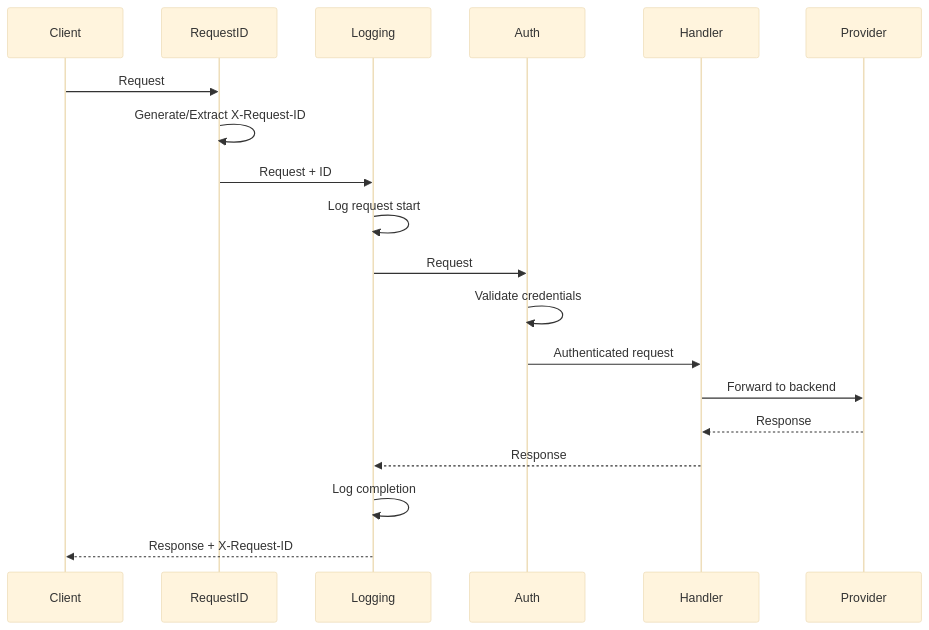
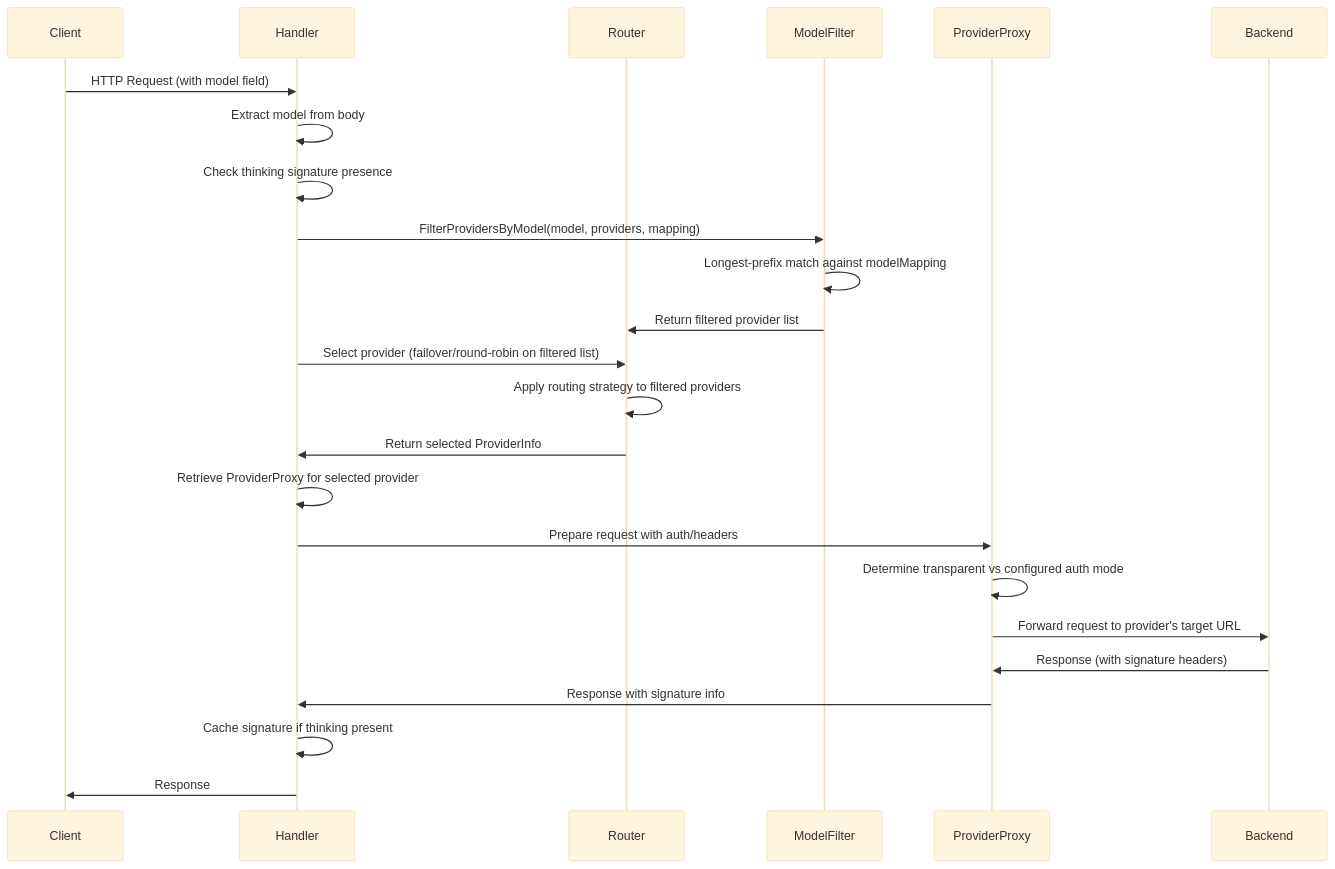
One commit to omarluq/cc-relay changed the second of 5 diagrams in docs-site/content/en/docs/architecture.md. Above: the diagram before and after it, drawn with Mermaid (base theme). The commit also changed other lines of this file and 5 other files, not shown here.

First line of the commit message:
docs: rewrite architecture docs with multi-provider support

````diff
--- a/docs-site/content/en/docs/architecture.md
+++ b/docs-site/content/en/docs/architecture.md
@@ -78,22 +140,28 @@
 ```mermaid
 sequenceDiagram
     participant Client
-    participant RequestID
-    participant Logging
-    participant Auth
     participant Handler
-    participant Provider
+    participant Router
+    participant ModelFilter
+    participant ProviderProxy
+    participant Backend
 
-    Client->>RequestID: Request
-    RequestID->>RequestID: Generate/Extract X-Request-ID
-    RequestID->>Logging: Request + ID
-    Logging->>Logging: Log request start
-    Logging->>Auth: Request
-    Auth->>Auth: Validate credentials
-    Auth->>Handler: Authenticated request
-    Handler->>Provider: Forward to backend
-    Provider-->>Handler: Response
-    Handler-->>Logging: Response
-    Logging->>Logging: Log completion
-    Logging-->>Client: Response + X-Request-ID
+    Client->>Handler: HTTP Request (with model field)
+    Handler->>Handler: Extract model from body
+    Handler->>Handler: Check thinking signature presence
+    Handler->>ModelFilter: FilterProvidersByModel(model, providers, mapping)
+    ModelFilter->>ModelFilter: Longest-prefix match against modelMapping
+    ModelFilter->>Router: Return filtered provider list
+    Handler->>Router: Select provider (failover/round-robin on filtered list)
+    Router->>Router: Apply routing strategy to filtered providers
+    Router->>Handler: Return selected ProviderInfo
+
+    Handler->>Handler: Retrieve ProviderProxy for selected provider
+    Handler->>ProviderProxy: Prepare request with auth/headers
+    ProviderProxy->>ProviderProxy: Determine transparent vs configured auth mode
+    ProviderProxy->>Backend: Forward request to provider's target URL
+    Backend->>ProviderProxy: Response (with signature headers)
+    ProviderProxy->>Handler: Response with signature info
+    Handler->>Handler: Cache signature if thinking present
+    Handler->>Client: Response
 ```
````
